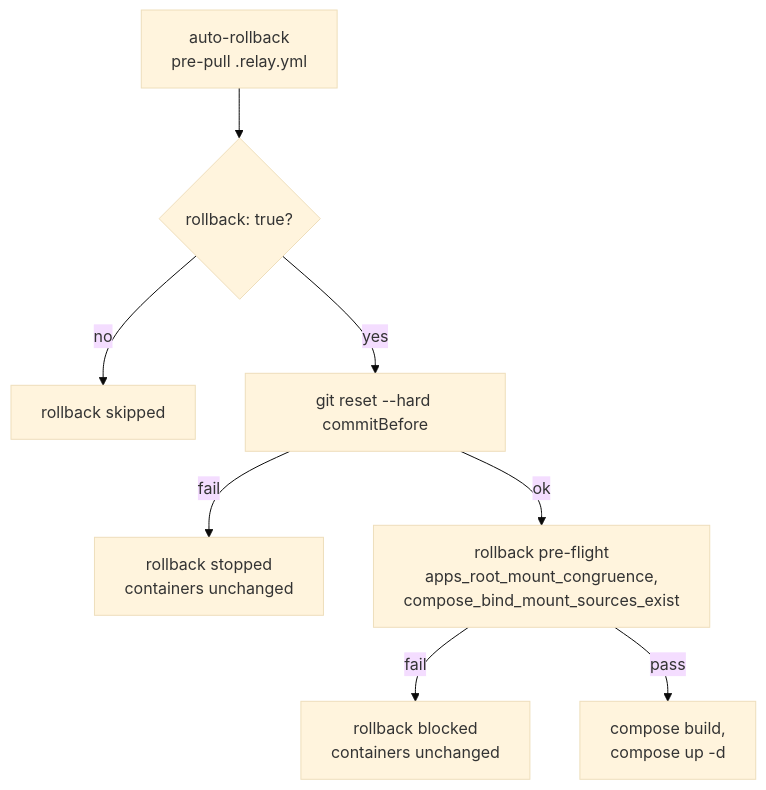
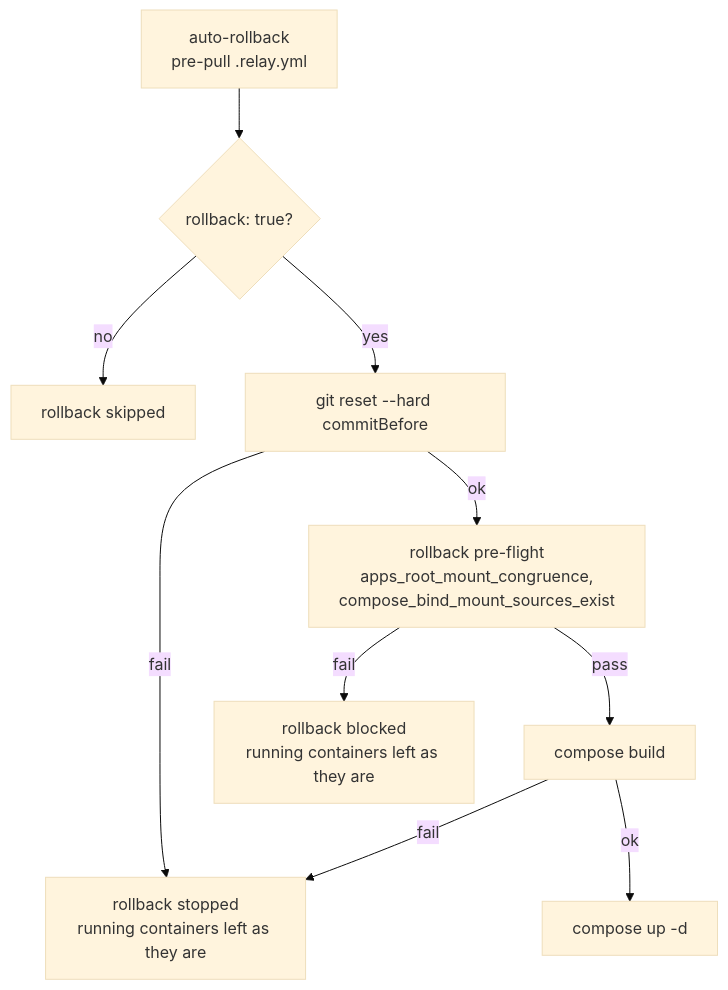
The third of 3 diagrams in docs/operations.md (LanNguyenSi/agent-relay), drawn with Mermaid (base theme) before and after one commit. The commit also changed 3 other files, not shown here.

````diff
--- a/docs/operations.md
+++ b/docs/operations.md
@@ -268,10 +268,12 @@
 ```mermaid
 flowchart TD
     RB["auto-rollback<br/>pre-pull .relay.yml"] --> Q{"rollback: true?"}
     Q -- "no" --> SKIP["rollback skipped"]
     Q -- "yes" --> R1["git reset --hard commitBefore"]
-    R1 -- "fail" --> STOP["rollback stopped<br/>containers unchanged"]
+    R1 -- "fail" --> STOP["rollback stopped<br/>running containers left as they are"]
     R1 -- "ok" --> R2["rollback pre-flight<br/>apps_root_mount_congruence,<br/>compose_bind_mount_sources_exist"]
-    R2 -- "fail" --> RBLK["rollback blocked<br/>containers unchanged"]
-    R2 -- "pass" --> R3["compose build,<br/>compose up -d"]
+    R2 -- "fail" --> RBLK["rollback blocked<br/>running containers left as they are"]
+    R2 -- "pass" --> R3["compose build"]
+    R3 -- "fail" --> STOP
+    R3 -- "ok" --> R4["compose up -d"]
 ```
````
